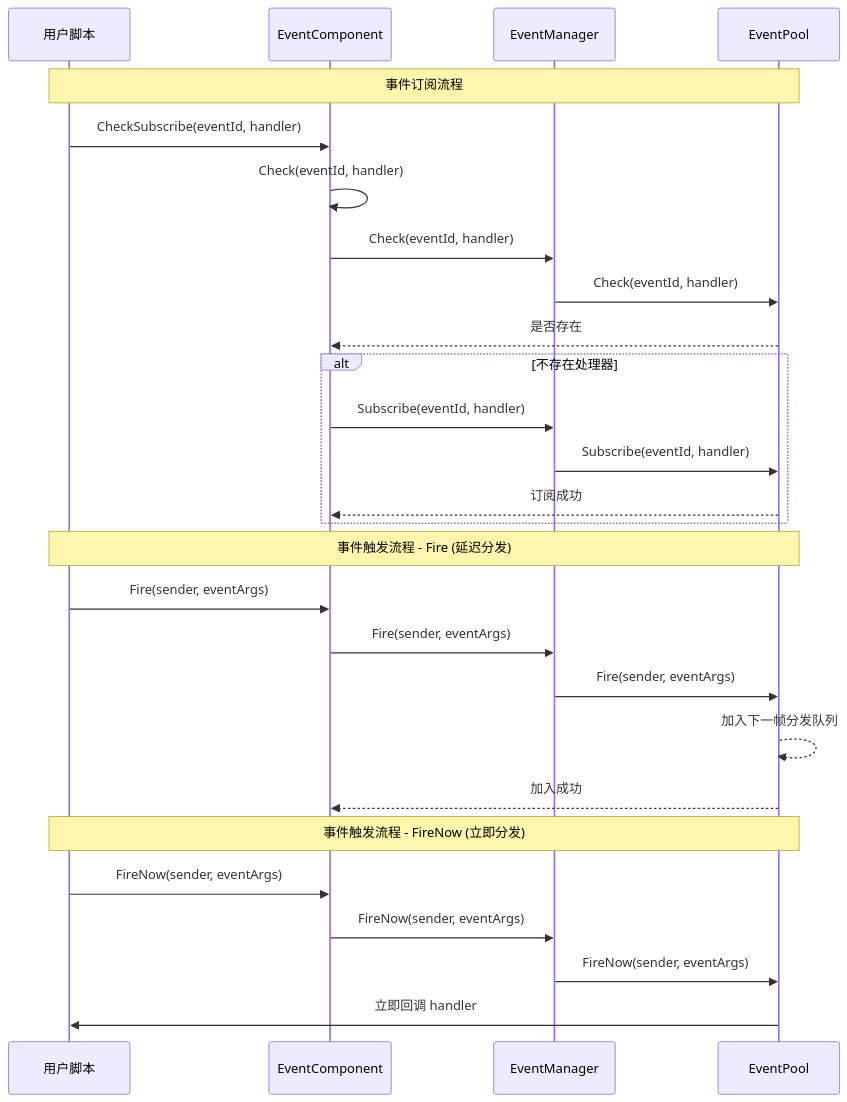
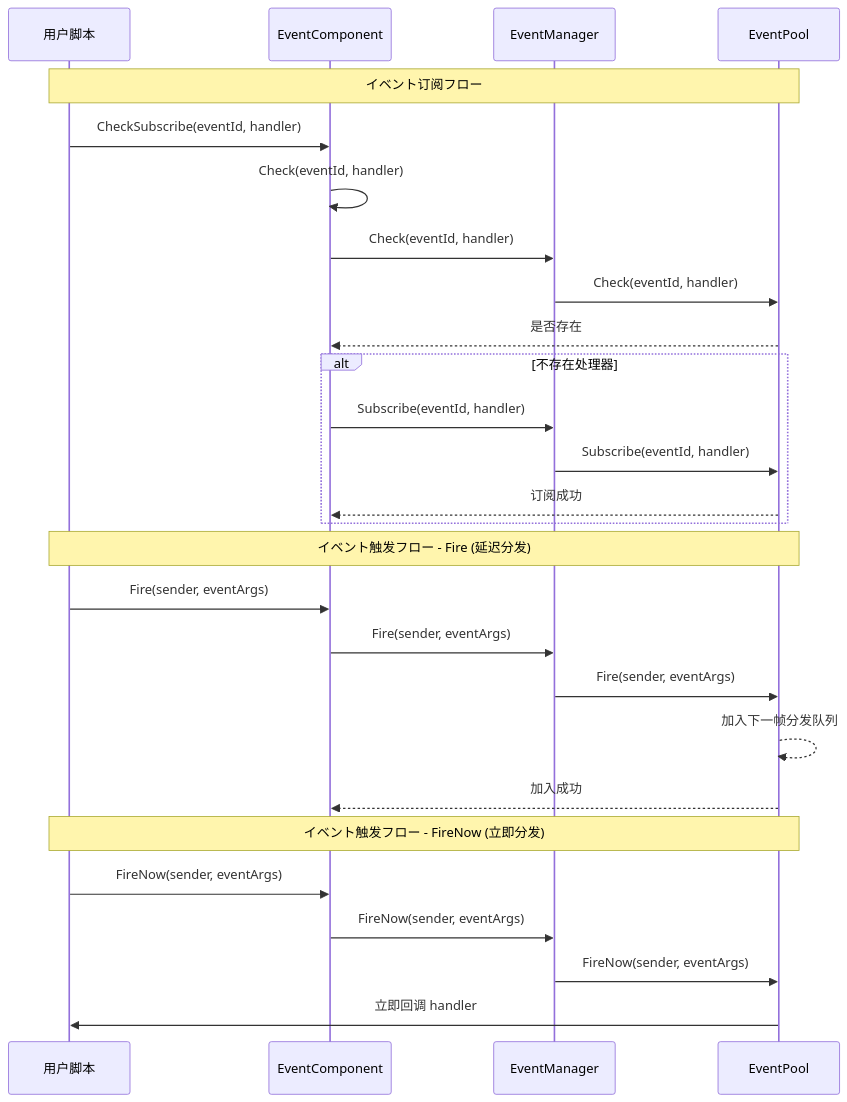
The second of 2 diagrams in docs/ja/client/unity/component/event/05.event-component.md (AlianBlank/GameFrameX.Docs), drawn with Mermaid before and after one commit. The commit also changed other lines of this file and 603 other files, not shown here.

````diff
--- a/docs/ja/client/unity/component/event/05.event-component.md
+++ b/docs/ja/client/unity/component/event/05.event-component.md
@@ -76,33 +76,33 @@
 ```mermaid
 sequenceDiagram
     participant Script as 用户脚本
     participant EventComp as EventComponent
     participant EventMgr as EventManager
     participant EventPool as EventPool
 
-    Note over Script,EventPool: 事件订阅流程
+    Note over Script,EventPool: イベント订阅フロー
     Script->>EventComp: CheckSubscribe(eventId, handler)
     EventComp->>EventComp: Check(eventId, handler)
     EventComp->>EventMgr: Check(eventId, handler)
     EventMgr->>EventPool: Check(eventId, handler)
     EventPool-->>EventComp: 是否存在
     
     alt 不存在处理器
         EventComp->>EventMgr: Subscribe(eventId, handler)
         EventMgr->>EventPool: Subscribe(eventId, handler)
         EventPool-->>EventComp: 订阅成功
     end
 
-    Note over Script,EventPool: 事件触发流程 - Fire (延迟分发)
+    Note over Script,EventPool: イベント触发フロー - Fire (延迟分发)
     Script->>EventComp: Fire(sender, eventArgs)
     EventComp->>EventMgr: Fire(sender, eventArgs)
     EventMgr->>EventPool: Fire(sender, eventArgs)
     EventPool-->>EventPool: 加入下一帧分发队列
     EventPool-->>EventComp: 加入成功
     
-    Note over Script,EventPool: 事件触发流程 - FireNow (立即分发)
+    Note over Script,EventPool: イベント触发フロー - FireNow (立即分发)
     Script->>EventComp: FireNow(sender, eventArgs)
     EventComp->>EventMgr: FireNow(sender, eventArgs)
     EventMgr->>EventPool: FireNow(sender, eventArgs)
     EventPool->>Script: 立即回调 handler
 ```
````
